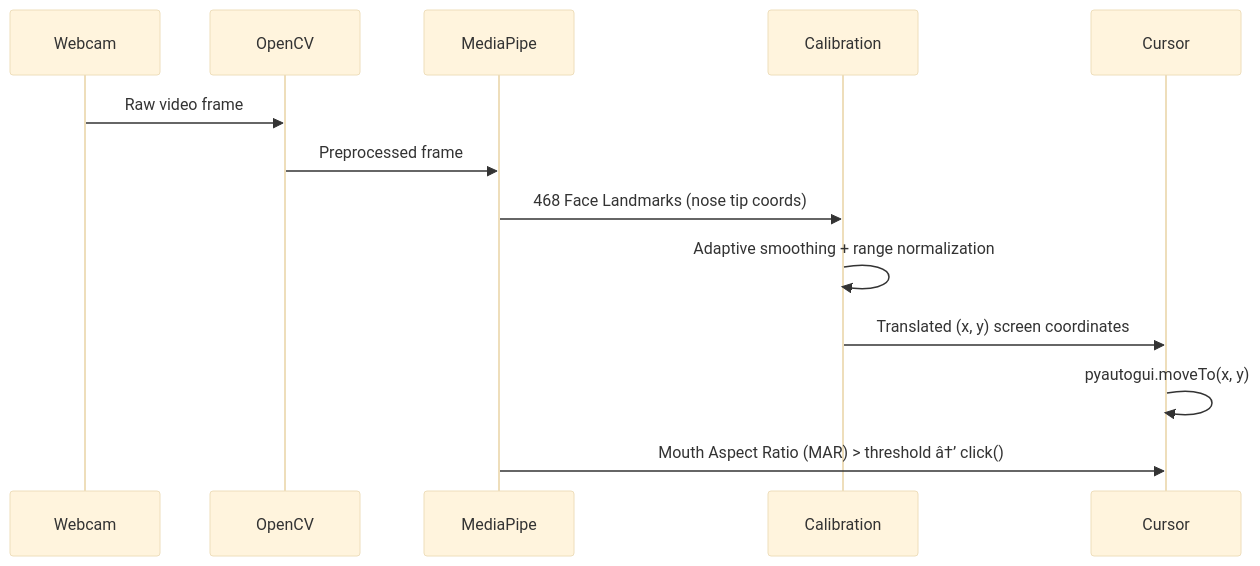
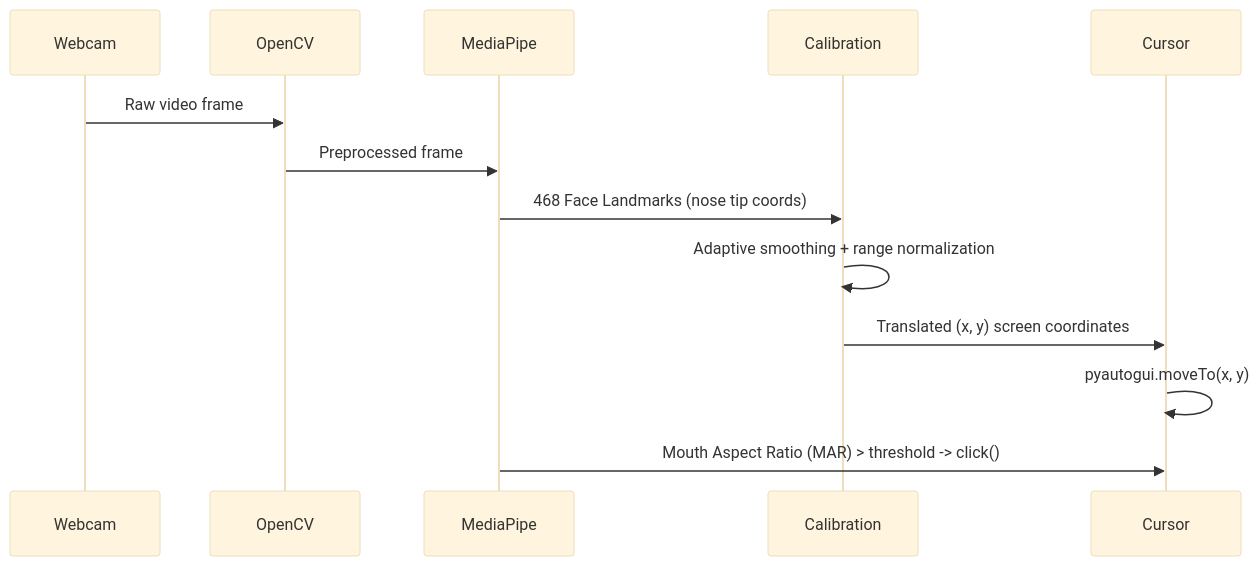
Before and after one commit to maj-afe/Group-7-s-Projects-Repository: the third of 3 diagrams in README.md, drawn with Mermaid (base theme). The commit also changed other lines of this file, not shown here.

````diff
--- a/README.md
+++ b/README.md
@@ -161,16 +161,16 @@
 ```mermaid
 sequenceDiagram
     participant Webcam
     participant OpenCV
     participant MediaPipe
     participant Calibration
     participant Cursor
 
     Webcam->>OpenCV: Raw video frame
     OpenCV->>MediaPipe: Preprocessed frame
     MediaPipe->>Calibration: 468 Face Landmarks (nose tip coords)
     Calibration->>Calibration: Adaptive smoothing + range normalization
     Calibration->>Cursor: Translated (x, y) screen coordinates
     Cursor->>Cursor: pyautogui.moveTo(x, y)
-    MediaPipe->>Cursor: Mouth Aspect Ratio (MAR) > threshold â†’ click()
+    MediaPipe->>Cursor: Mouth Aspect Ratio (MAR) > threshold -> click()
 ```
````
